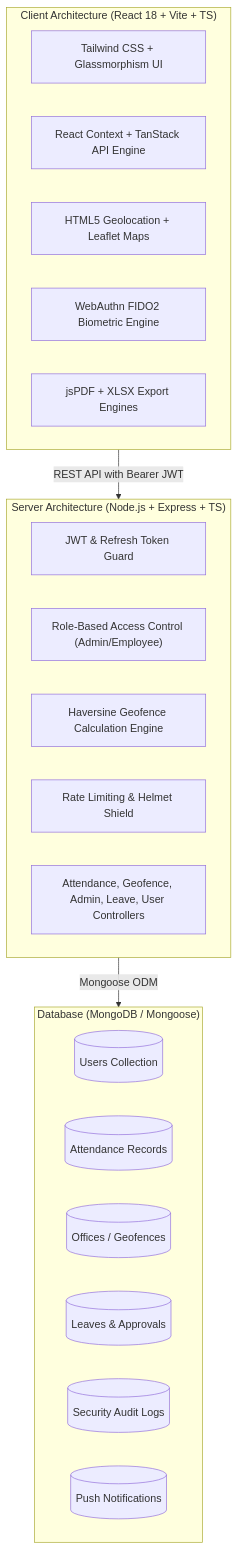
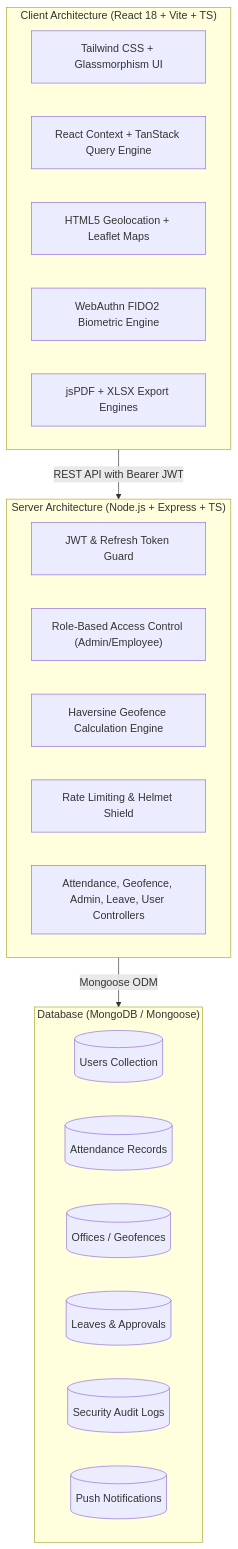
The first of 4 diagrams in README.md (gowthamk2503/Trackzone), drawn with Mermaid before and after one commit. The commit also changed other lines of this file, not shown here.

````diff
--- a/README.md
+++ b/README.md
@@ -17,30 +49,30 @@
 ```mermaid
 graph TD
     subgraph Client ["Client Architecture (React 18 + Vite + TS)"]
         UI["Tailwind CSS + Glassmorphism UI"]
-        State["React Context + TanStack API Engine"]
+        State["React Context + TanStack Query Engine"]
         GeoClient["HTML5 Geolocation + Leaflet Maps"]
         BioClient["WebAuthn FIDO2 Biometric Engine"]
         Export["jsPDF + XLSX Export Engines"]
     end
 
     subgraph Server ["Server Architecture (Node.js + Express + TS)"]
         AuthMid["JWT & Refresh Token Guard"]
         RBAC["Role-Based Access Control (Admin/Employee)"]
         GeoEngine["Haversine Geofence Calculation Engine"]
         RateLimiter["Rate Limiting & Helmet Shield"]
         Controllers["Attendance, Geofence, Admin, Leave, User Controllers"]
     end
 
     subgraph Persistence ["Database (MongoDB / Mongoose)"]
         Users[(Users Collection)]
         Attendance[(Attendance Records)]
         Geofence[(Offices / Geofences)]
         Leaves[(Leaves & Approvals)]
         Audit[(Security Audit Logs)]
         Notifications[(Push Notifications)]
     end
 
     Client -->|REST API with Bearer JWT| Server
     Server -->|Mongoose ODM| Persistence
 ```
````
